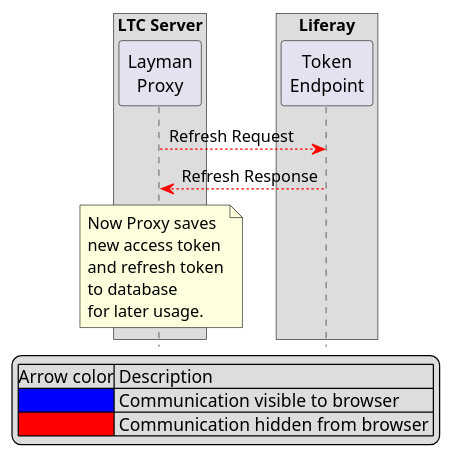
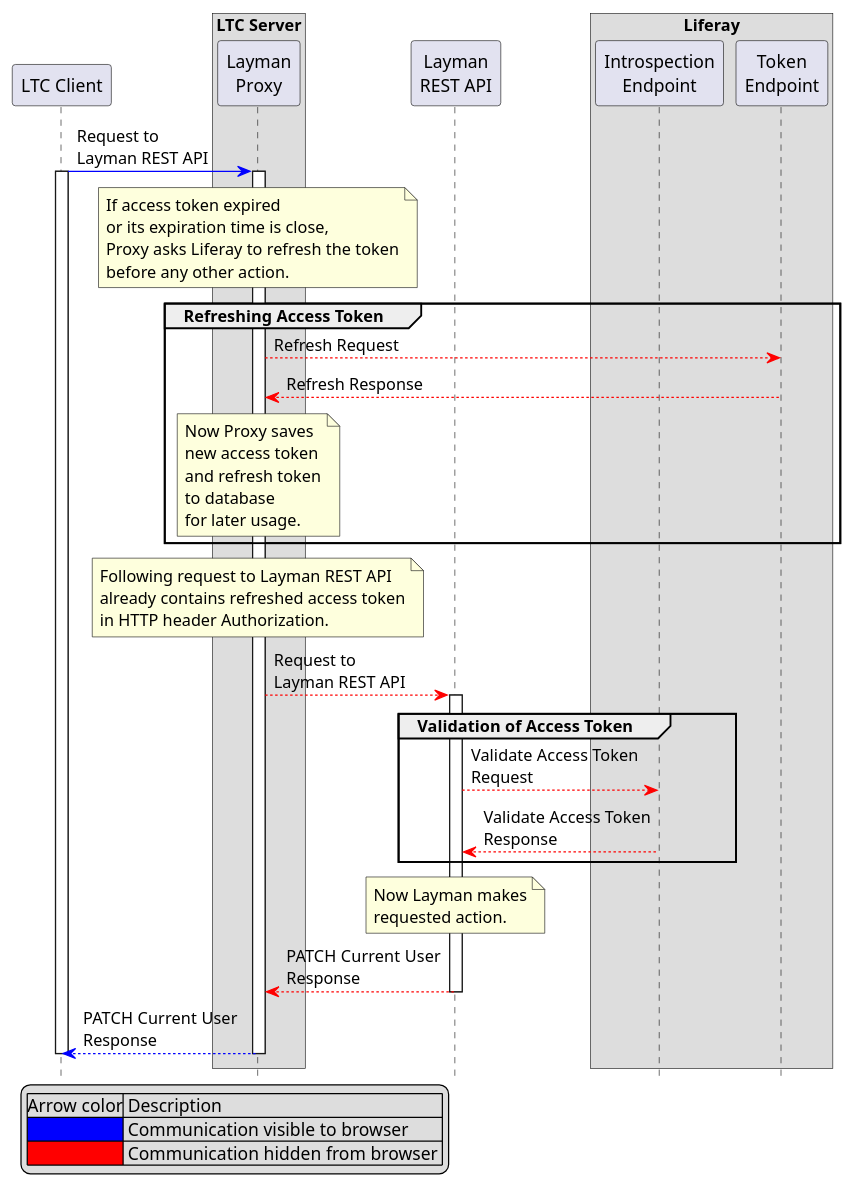
The diagram in doc/oauth2/refresh.puml (LayerManager/layman), drawn with PlantUML before and after one commit. The commit also changed 2 other files, not shown here.

Commit message:
Extend refresh token documentation

```diff
--- a/doc/oauth2/refresh.puml
+++ b/doc/oauth2/refresh.puml
@@ -1,28 +1,69 @@
 @startuml
 hide footbox
+participant "LTC Client" as ltcc
+
 box "LTC Server"
     participant "Layman\nProxy" as ltcsproxy
 end box
 
+participant "Layman\nREST API" as layman
+
 box "Liferay"
+	participant "Introspection\nEndpoint" as lris
 	participant "Token\nEndpoint" as lrtoken
 end box
 
 
-ltcsproxy [#ff0000]--> lrtoken: Refresh Request
-lrtoken [#ff0000]--> ltcsproxy: Refresh Response
+ltcc [#0000FF]-> ltcsproxy: Request to\nLayman REST API
+activate ltcc
+activate ltcsproxy
+
 note over ltcsproxy
-    Now Proxy saves
-    new access token
-    and refresh token
-    to database
-    for later usage.
+    If access token expired
+    or its expiration time is close,
+    Proxy asks Liferay to refresh the token
+    before any other action.
 end note
+
+group Refreshing Access Token
+    ltcsproxy [#ff0000]--> lrtoken: Refresh Request
+    lrtoken [#ff0000]--> ltcsproxy: Refresh Response
+    note over ltcsproxy
+        Now Proxy saves
+        new access token
+        and refresh token
+        to database
+        for later usage.
+    end note
+end
+
+note over ltcsproxy
+    Following request to Layman REST API
+    already contains refreshed access token
+    in HTTP header Authorization.
+end note
+
+
+ltcsproxy [#FF0000]--> layman: Request to\nLayman REST API
+activate layman
+group Validation of Access Token
+    layman [#FF0000]--> lris: Validate Access Token\nRequest
+    lris [#FF0000]--> layman: Validate Access Token\nResponse
+end
+note over layman
+    Now Layman makes
+    requested action.
+end note
+layman [#FF0000]--> ltcsproxy: PATCH Current User\nResponse
+deactivate layman
+ltcsproxy [#0000FF]--> ltcc: PATCH Current User\nResponse
+deactivate ltcsproxy
+deactivate ltcc
 
 legend left
     |Arrow color| Description |
     |<#0000FF>| Communication visible to browser |
     |<#FF0000>| Communication hidden from browser |
 endlegend
 
 @enduml
```
